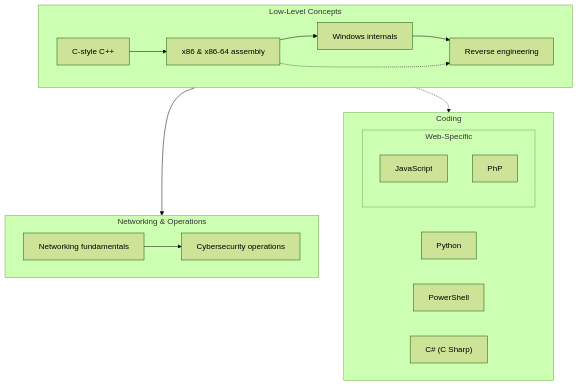
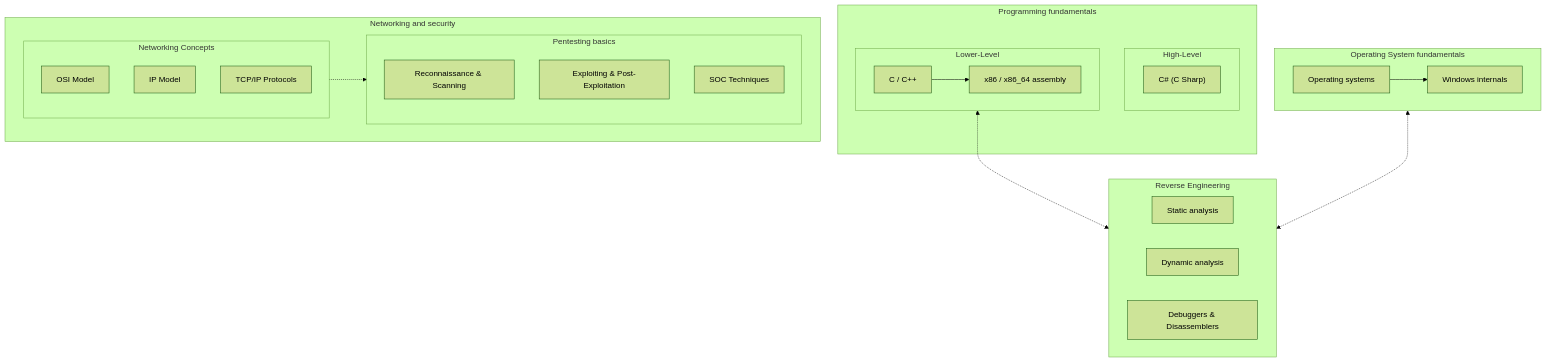
Before and after one commit to grimy86/CCI25: the diagram in readme.md, drawn with Mermaid (forest theme). The commit also changed other lines of this file, not shown here.

Commit message:
updated readme map

````diff
--- a/readme.md
+++ b/readme.md
@@ -16,28 +14,42 @@
 ```mermaid
 graph TD;
 	
-	subgraph ll[Low-Level Concepts]
-		cpp[C-style C++]
-		cpp --> x86-64[x86 & x86-64 assembly]
-		x86-64 --> winint[Windows internals]
-		winint --> re[Reverse engineering]
-		x86-64 -.-> re
+	subgraph Code[Programming fundamentals]
+		subgraph HL[High-Level]
+			cs["C# (C Sharp)"]
+		end
+		subgraph LL[Lower-Level]
+			cpp[C / C++]
+			--> x86-64[x86 / x86_64 assembly]
+		end
 	end
 
-	subgraph ops[Networking & Operations]
-		nt[Networking fundamentals] --> csec[Cybersecurity operations]
+	subgraph OS[Operating System fundamentals]
+		os[Operating systems]
+		--> winint[Windows internals]
 	end
 
-	subgraph Coding
-		subgraph Web-Specific
-			JavaScript
-			PhP
-		end
-		Python
-		PowerShell
-		cs["C# (C Sharp)"]
+	subgraph RE[Reverse Engineering]
+		sa[Static analysis]
+		da[Dynamic analysis]
+		dd[Debuggers & Disassemblers]
 	end
 
-	ll --> ops
-	ll -.-> Coding
+	subgraph NS[Networking and security]
+		subgraph NET[Networking Concepts]
+			osi[OSI Model]
+			ip[IP Model]
+			tecp[TCP/IP Protocols]
+		end
+
+		subgraph PEN[Pentesting basics]
+			REC[Reconnaissance & Scanning]
+			EXP[Exploiting & Post-Exploitation]
+			SOC[SOC Techniques]
+		end
+	end
+
+LL <-.-> RE
+OS <-.-> RE
+NET -.-> PEN
 ```
````
